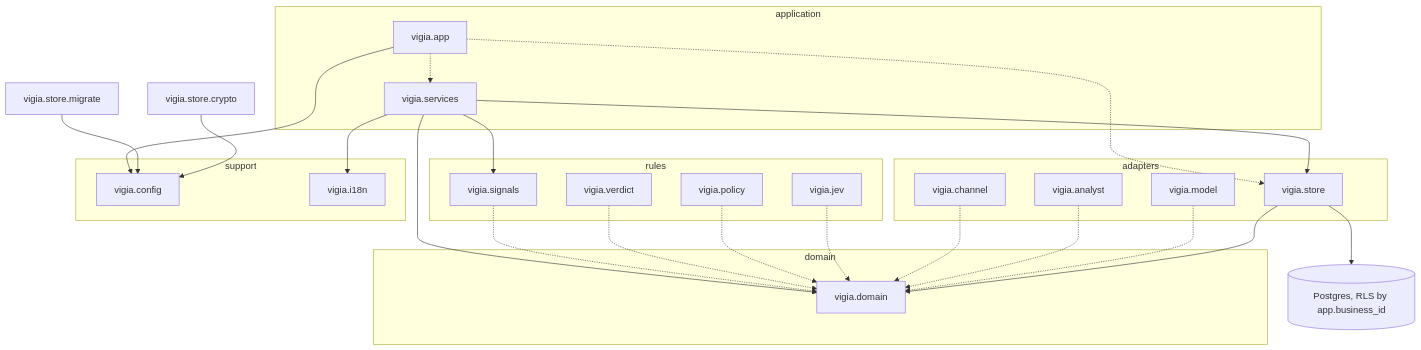
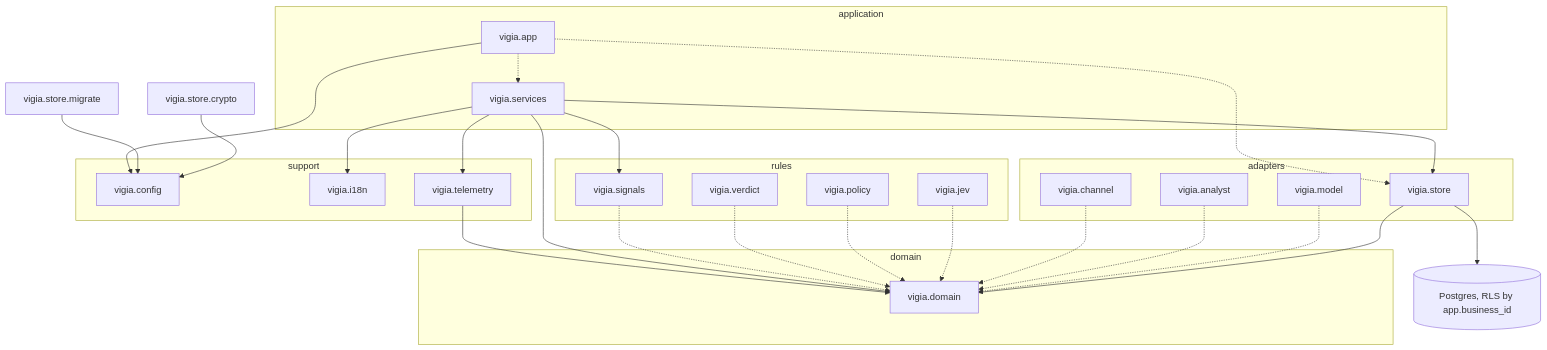
One commit to Danielmc09/vigia changed the first of 2 diagrams in docs/ARCHITECTURE.md. Above: the diagram before and after it, drawn with Mermaid. The commit also changed 31 other files, not shown here.

````diff
--- a/docs/ARCHITECTURE.md
+++ b/docs/ARCHITECTURE.md
@@ -12,44 +12,47 @@
 ```mermaid
 graph TD
   subgraph application
     vigia.app
     vigia.services
   end
   subgraph rules
     vigia.signals
     vigia.verdict
     vigia.policy
     vigia.jev
   end
   subgraph adapters
     vigia.channel
     vigia.analyst
     vigia.model
     vigia.store
   end
   subgraph domain
     vigia.domain
   end
   subgraph support
     vigia.config
     vigia.i18n
+    vigia.telemetry
   end
   vigia.app --> vigia.config
+  vigia.services --> vigia.telemetry
+  vigia.telemetry --> vigia.domain
   vigia.store.migrate --> vigia.config
   vigia.store.crypto --> vigia.config
   vigia.app -.-> vigia.store
   vigia.app -.-> vigia.services
   vigia.services --> vigia.store
   vigia.services --> vigia.signals
   vigia.services --> vigia.domain
   vigia.services --> vigia.i18n
   vigia.signals -.-> vigia.domain
   vigia.verdict -.-> vigia.domain
   vigia.policy -.-> vigia.domain
   vigia.jev -.-> vigia.domain
   vigia.channel -.-> vigia.domain
   vigia.analyst -.-> vigia.domain
   vigia.model -.-> vigia.domain
   vigia.store --> vigia.domain
   vigia.store --> PG[(Postgres, RLS by app.business_id)]
 ```
````
